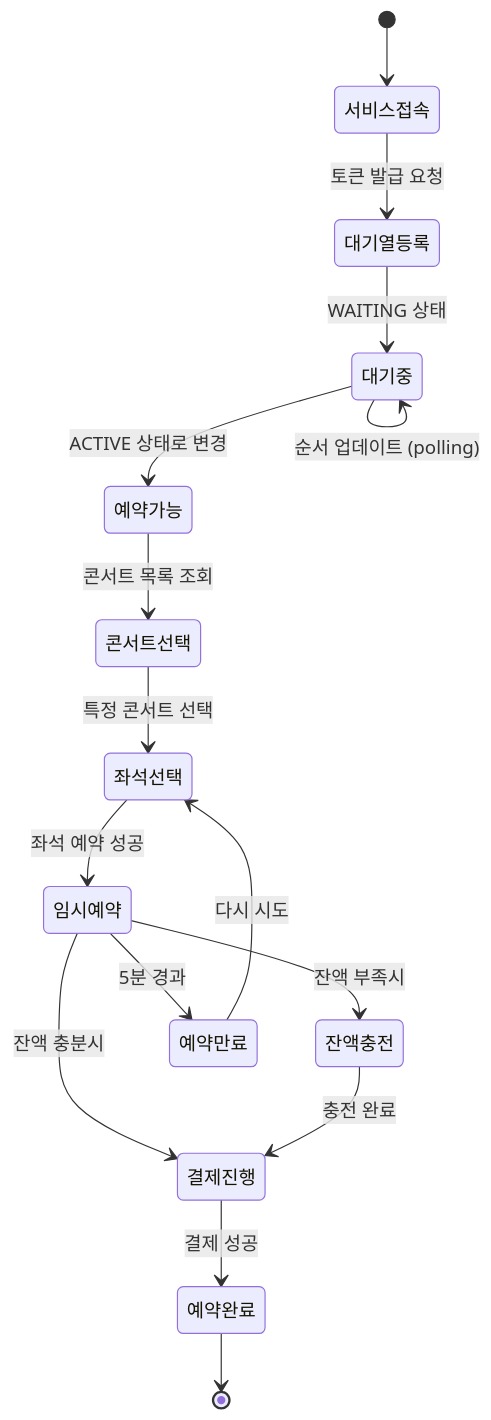
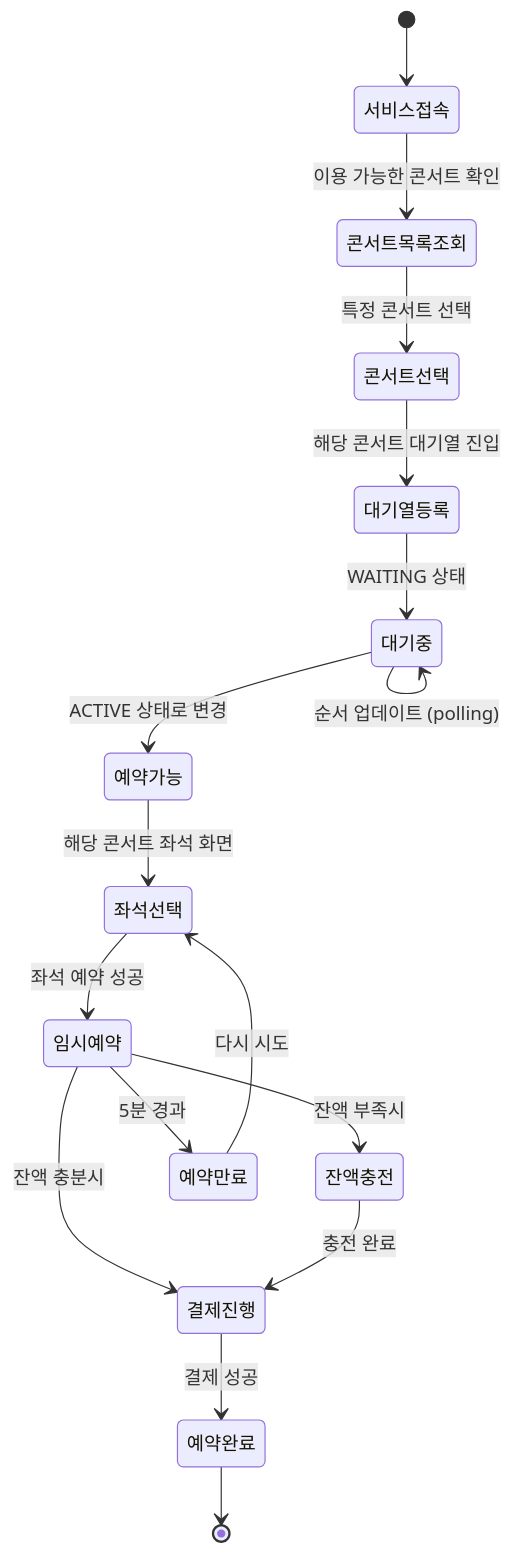
Before and after one commit to EeeasyCode/hhplus-project: the seventh of 7 diagrams in docs/flow.md, drawn with Mermaid. The commit also changed other lines of this file and 2 other files, not shown here.

````diff
--- a/docs/flow.md
+++ b/docs/flow.md
@@ -270,19 +263,20 @@
 ```mermaid
 stateDiagram-v2
     [*] --> 서비스접속
-    서비스접속 --> 대기열등록: 토큰 발급 요청
+    서비스접속 --> 콘서트목록조회: 이용 가능한 콘서트 확인
+    콘서트목록조회 --> 콘서트선택: 특정 콘서트 선택
+    콘서트선택 --> 대기열등록: 해당 콘서트 대기열 진입
     대기열등록 --> 대기중: WAITING 상태
     대기중 --> 대기중: 순서 업데이트 (polling)
     대기중 --> 예약가능: ACTIVE 상태로 변경
-    예약가능 --> 콘서트선택: 콘서트 목록 조회
-    콘서트선택 --> 좌석선택: 특정 콘서트 선택
+    예약가능 --> 좌석선택: 해당 콘서트 좌석 화면
     좌석선택 --> 임시예약: 좌석 예약 성공
     임시예약 --> 잔액충전: 잔액 부족시
     임시예약 --> 결제진행: 잔액 충분시
     잔액충전 --> 결제진행: 충전 완료
     결제진행 --> 예약완료: 결제 성공
     예약완료 --> [*]
 
     임시예약 --> 예약만료: 5분 경과
     예약만료 --> 좌석선택: 다시 시도
 ```
````
